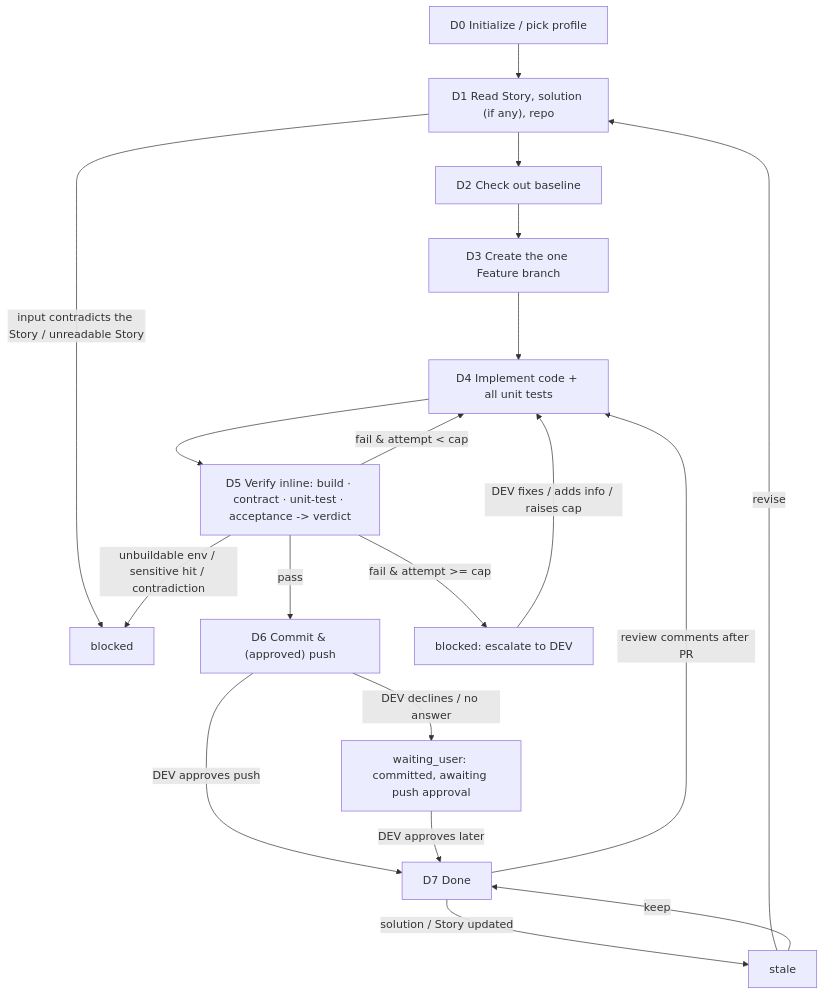
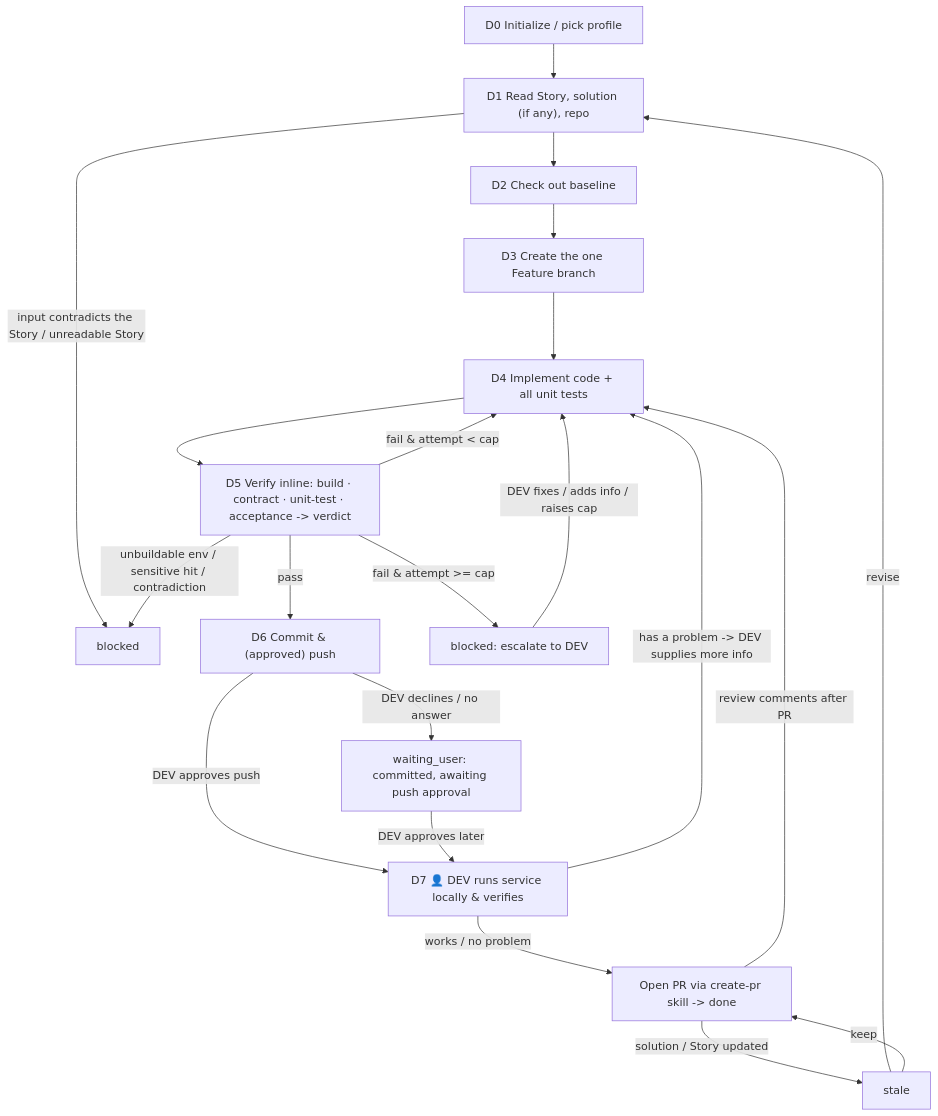
Before and after one commit to mjz-kevin/marriott: the diagram in .cursor/agents/dev-agent.md, drawn with Mermaid. The commit also changed other lines of this file, not shown here.

````diff
--- a/.cursor/agents/dev-agent.md
+++ b/.cursor/agents/dev-agent.md
@@ -244,21 +245,23 @@
 ```mermaid
 flowchart TD
     D0["D0 Initialize / pick profile"] --> D1["D1 Read Story, solution (if any), repo"]
     D1 -->|"input contradicts the Story / unreadable Story"| B["blocked"]
     D1 --> D2["D2 Check out baseline"]
     D2 --> D3["D3 Create the one Feature branch"]
     D3 --> D4["D4 Implement code + all unit tests"]
     D4 --> D5["D5 Verify inline: build · contract · unit-test · acceptance -> verdict"]
     D5 -->|"pass"| D6["D6 Commit & (approved) push"]
     D5 -->|"fail & attempt < cap"| D4
     D5 -->|"fail & attempt >= cap"| ESC["blocked: escalate to DEV"]
     D5 -->|"unbuildable env / sensitive hit / contradiction"| B
     ESC -->|"DEV fixes / adds info / raises cap"| D4
-    D6 -->|"DEV approves push"| D7["D7 Done"]
+    D6 -->|"DEV approves push"| D7["D7 👤 DEV runs service locally & verifies"]
     D6 -->|"DEV declines / no answer"| WP["waiting_user: committed, awaiting push approval"]
     WP -->|"DEV approves later"| D7
-    D7 -->|"solution / Story updated"| ST["stale"]
+    D7 -->|"works / no problem"| PR["Open PR via create-pr skill -> done"]
+    D7 -->|"has a problem -> DEV supplies more info"| D4
+    PR -->|"review comments after PR"| D4
+    PR -->|"solution / Story updated"| ST["stale"]
     ST -->|"revise"| D1
-    ST -->|"keep"| D7
-    D7 -->|"review comments after PR"| D4
+    ST -->|"keep"| PR
 ```
````
